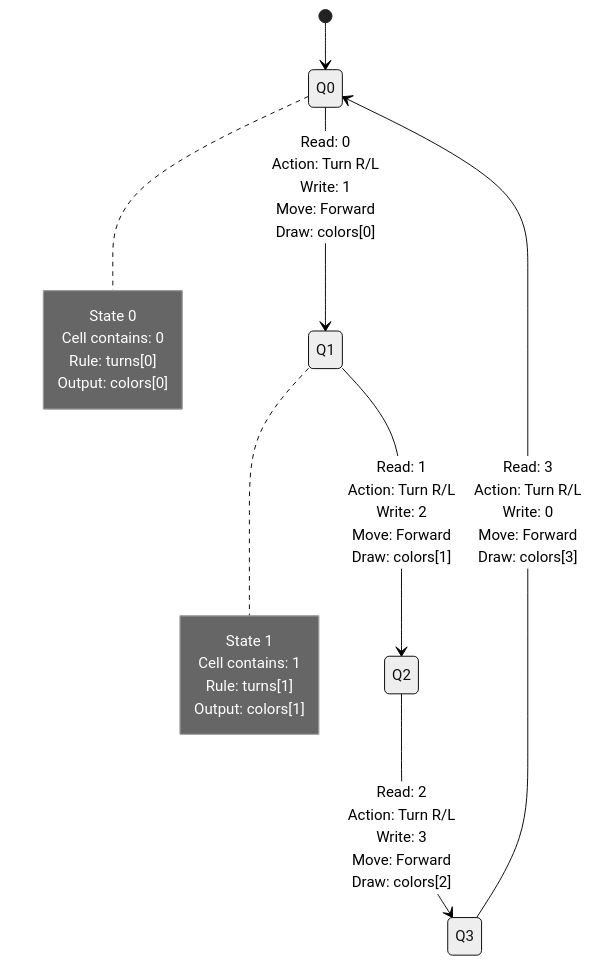
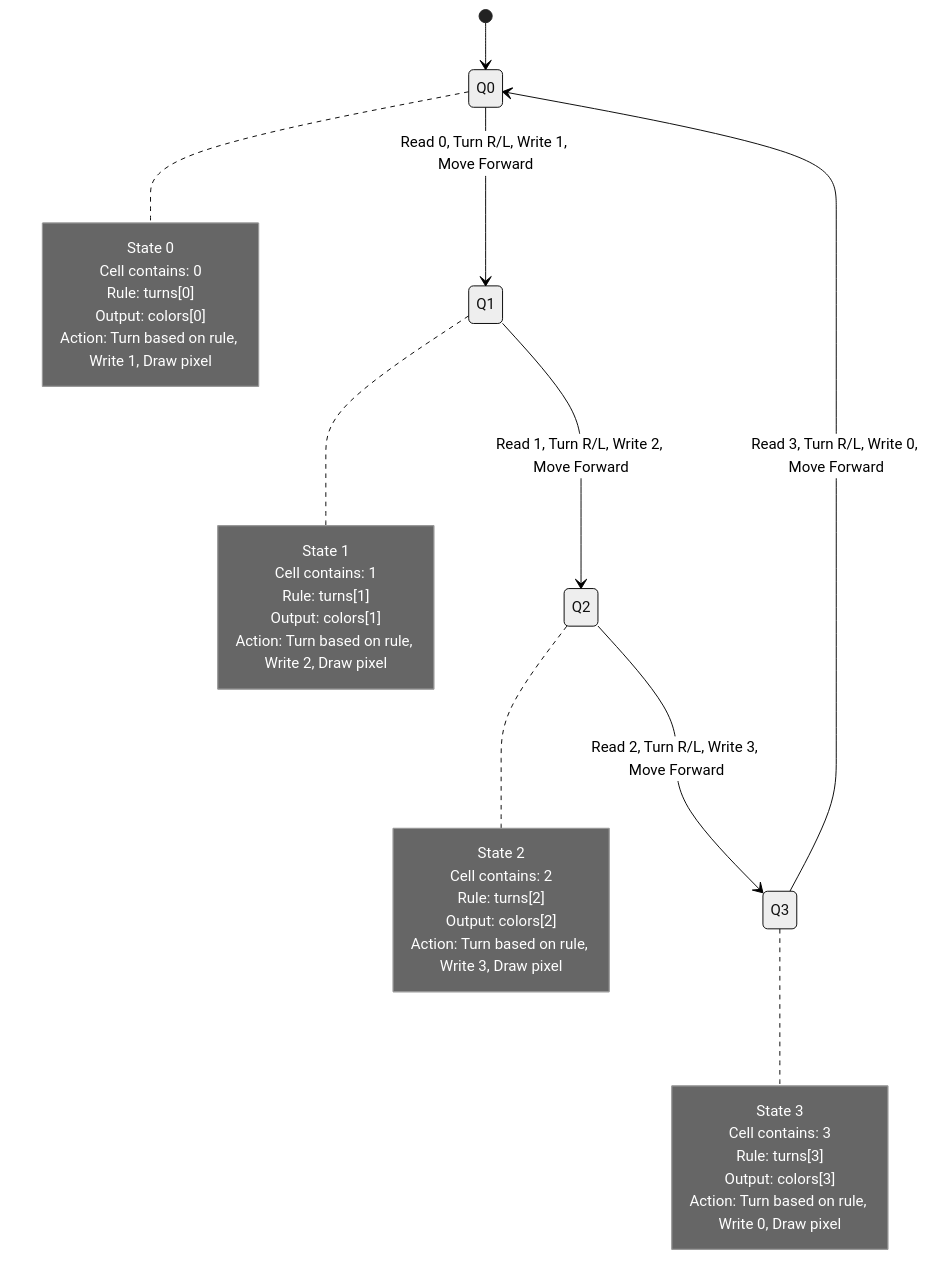
Before and after one commit to I-AbdullahAsim/TOA: the eighth of 8 diagrams in README.md, drawn with Mermaid (neutral theme). The commit also changed other lines of this file, not shown here.

````diff
--- a/README.md
+++ b/README.md
@@ -345,23 +350,41 @@
 ```mermaid
 stateDiagram-v2
     [*] --> Q0
     
-    Q0 --> Q1: Read: 0<br/>Action: Turn R/L<br/>Write: 1<br/>Move: Forward<br/>Draw: colors[0]
-    Q1 --> Q2: Read: 1<br/>Action: Turn R/L<br/>Write: 2<br/>Move: Forward<br/>Draw: colors[1]
-    Q2 --> Q3: Read: 2<br/>Action: Turn R/L<br/>Write: 3<br/>Move: Forward<br/>Draw: colors[2]
-    Q3 --> Q0: Read: 3<br/>Action: Turn R/L<br/>Write: 0<br/>Move: Forward<br/>Draw: colors[3]
+    Q0 --> Q1: Read 0, Turn R/L, Write 1, Move Forward
+    Q1 --> Q2: Read 1, Turn R/L, Write 2, Move Forward
+    Q2 --> Q3: Read 2, Turn R/L, Write 3, Move Forward
+    Q3 --> Q0: Read 3, Turn R/L, Write 0, Move Forward
     
     note right of Q0
         State 0
         Cell contains: 0
         Rule: turns[0]
         Output: colors[0]
+        Action: Turn based on rule, Write 1, Draw pixel
     end note
     
     note right of Q1
         State 1
         Cell contains: 1
         Rule: turns[1]
         Output: colors[1]
+        Action: Turn based on rule, Write 2, Draw pixel
+    end note
+    
+    note right of Q2
+        State 2
+        Cell contains: 2
+        Rule: turns[2]
+        Output: colors[2]
+        Action: Turn based on rule, Write 3, Draw pixel
+    end note
+    
+    note right of Q3
+        State 3
+        Cell contains: 3
+        Rule: turns[3]
+        Output: colors[3]
+        Action: Turn based on rule, Write 0, Draw pixel
     end note
 ```
````
